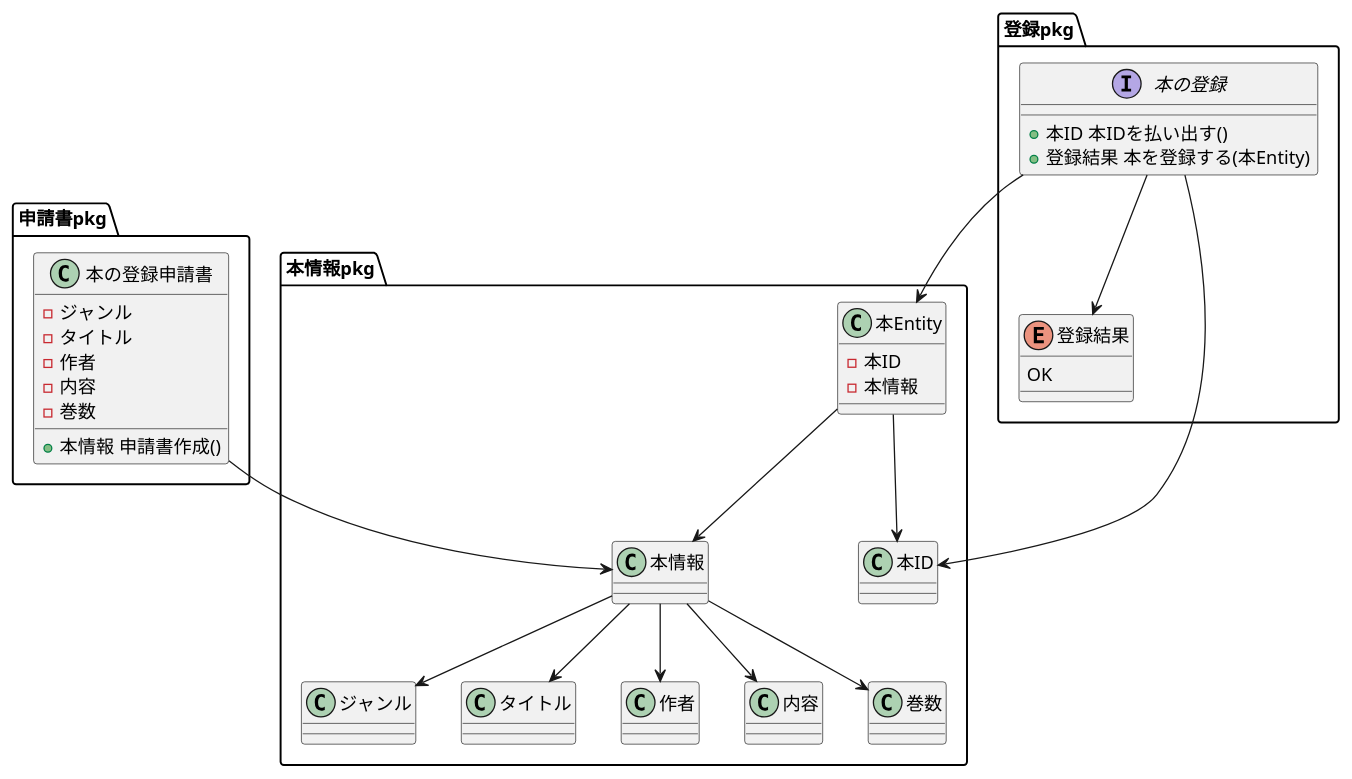
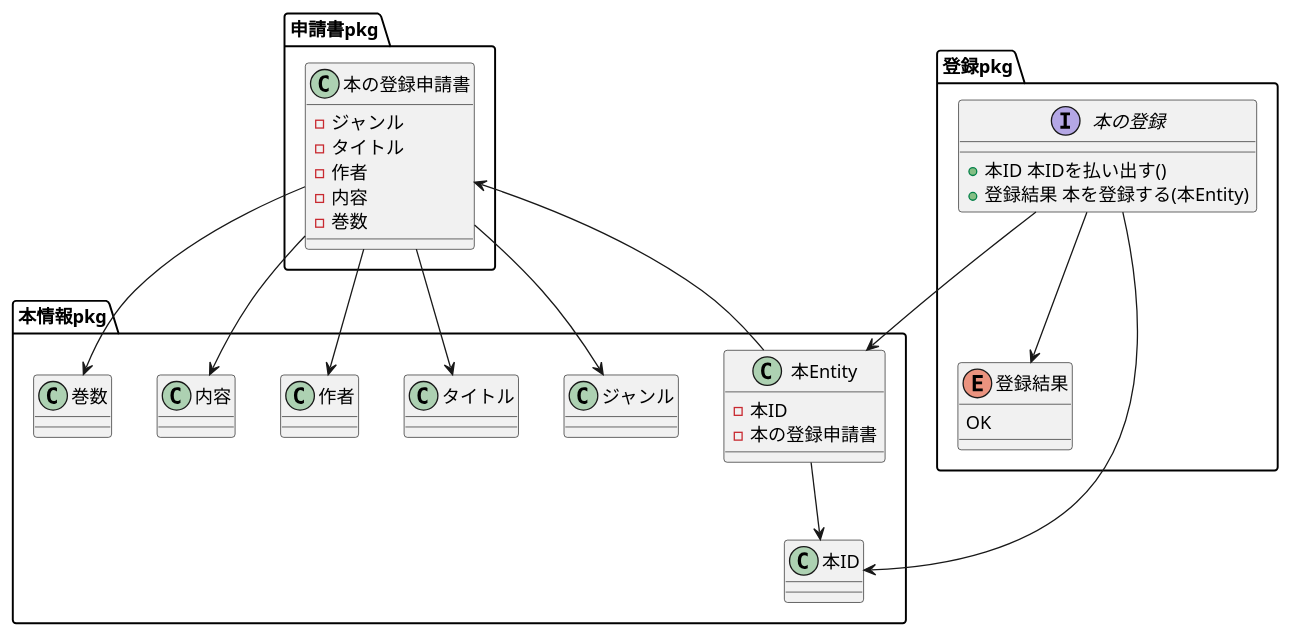
Before and after one commit to oinao709/book_management2: the diagram in doc/UML/本の登録.puml, drawn with PlantUML. The commit also changed 17 other files, not shown here.

```diff
--- a/doc/UML/本の登録.puml
+++ b/doc/UML/本の登録.puml
@@ -1,46 +1,44 @@
 @startuml
 
 package 申請書pkg {
     class 本の登録申請書 {
         - ジャンル
         - タイトル
         - 作者
         - 内容
         - 巻数
-        + 本情報 申請書作成()
     }
 }
 
 package 登録pkg {
     interface 本の登録 {
         + 本ID 本IDを払い出す()
         + 登録結果 本を登録する(本Entity)
     }
     enum 登録結果 {
         OK
     }
 
     本の登録 --> 登録結果
 }
 
 package 本情報pkg {
     class 本Entity {
         - 本ID
-        - 本情報
+        - 本の登録申請書
     }
 
     class 本ID
-    本情報 --> ジャンル
-    本情報 --> タイトル
-    本情報 --> 作者
-    本情報 --> 内容
-    本情報 --> 巻数
+    本の登録申請書 --> ジャンル
+    本の登録申請書 --> タイトル
+    本の登録申請書 --> 作者
+    本の登録申請書 --> 内容
+    本の登録申請書 --> 巻数
 
     本Entity --> 本ID
-    本Entity --> 本情報
+    本Entity --> 本の登録申請書
 }
 
-本の登録申請書 --> 本情報
 本の登録 --> 本ID
 本の登録 --> 本Entity
 @enduml
```
